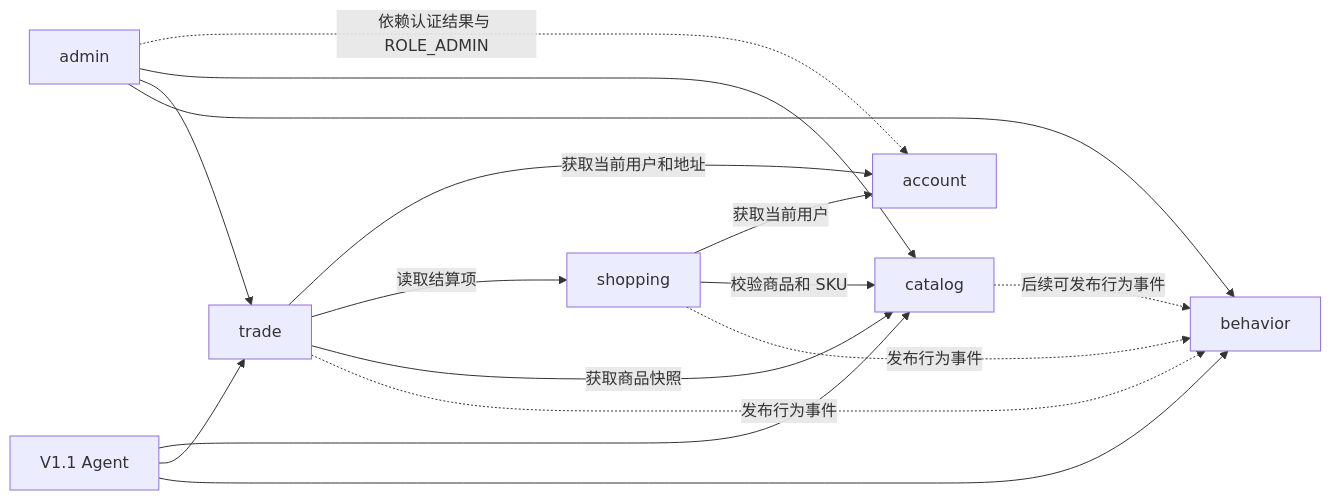
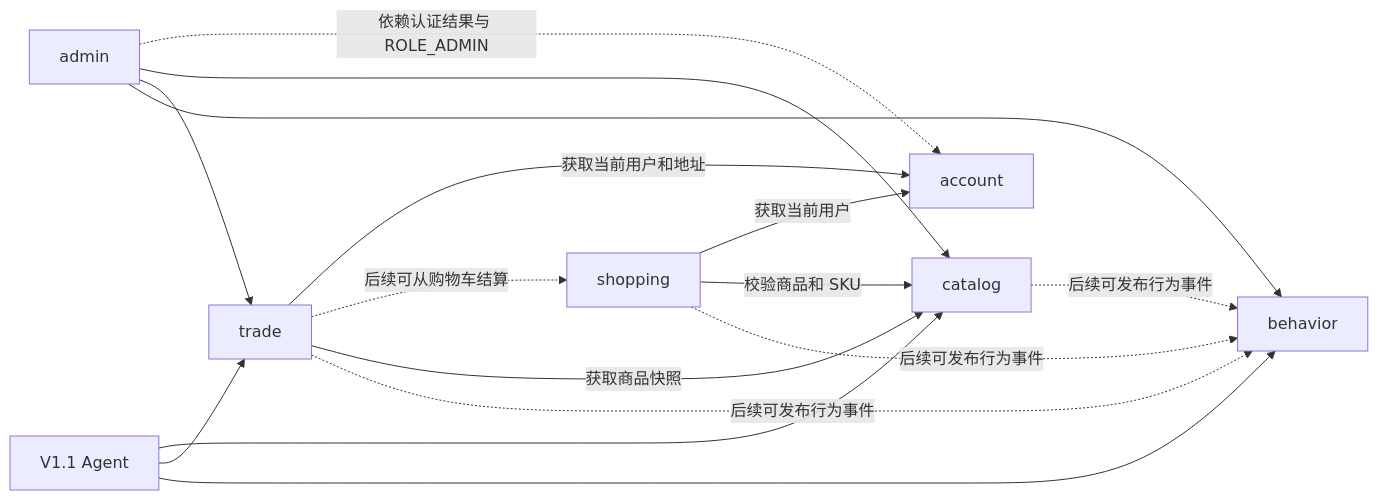
The diagram in docs/module-contracts.md (XMU-Linjer/persona-flow-commerce), drawn with Mermaid before and after one commit. The commit also changed other lines of this file and 2 other files, not shown here.

````diff
--- a/docs/module-contracts.md
+++ b/docs/module-contracts.md
@@ -121,31 +120,31 @@
 ```mermaid
 flowchart LR
     Shopping[shopping]
     Trade[trade]
     Admin[admin]
     Agent[V1.1 Agent]
 
     Account[account]
     Catalog[catalog]
     Behavior[behavior]
 
     Shopping -->|获取当前用户| Account
     Shopping -->|校验商品和 SKU| Catalog
 
     Trade -->|获取当前用户和地址| Account
-    Trade -->|读取结算项| Shopping
+    Trade -.后续可从购物车结算.-> Shopping
     Trade -->|获取商品快照| Catalog
 
     Catalog -.后续可发布行为事件.-> Behavior
-    Shopping -.发布行为事件.-> Behavior
-    Trade -.发布行为事件.-> Behavior
+    Shopping -.后续可发布行为事件.-> Behavior
+    Trade -.后续可发布行为事件.-> Behavior
 
     Admin -.依赖认证结果与 ROLE_ADMIN.-> Account
     Admin --> Catalog
     Admin --> Trade
     Admin --> Behavior
 
     Agent --> Catalog
     Agent --> Trade
     Agent --> Behavior
 ```
````
